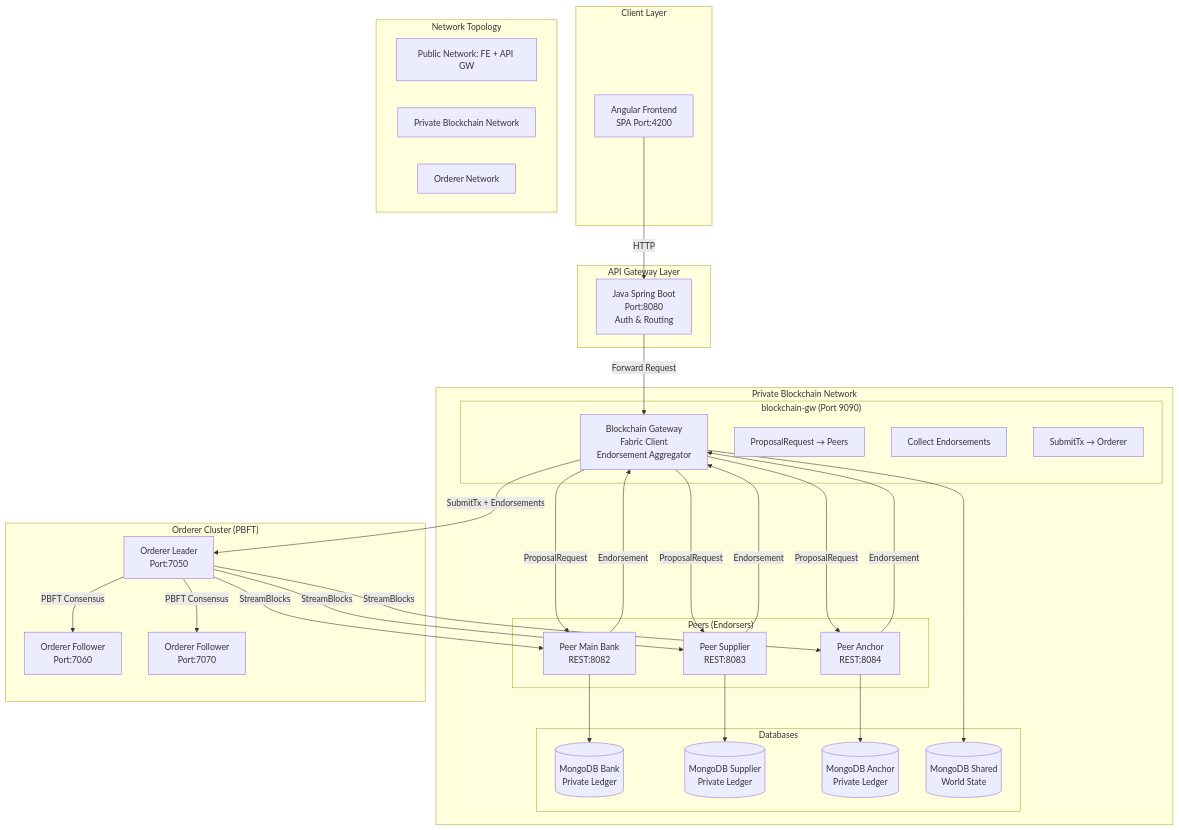
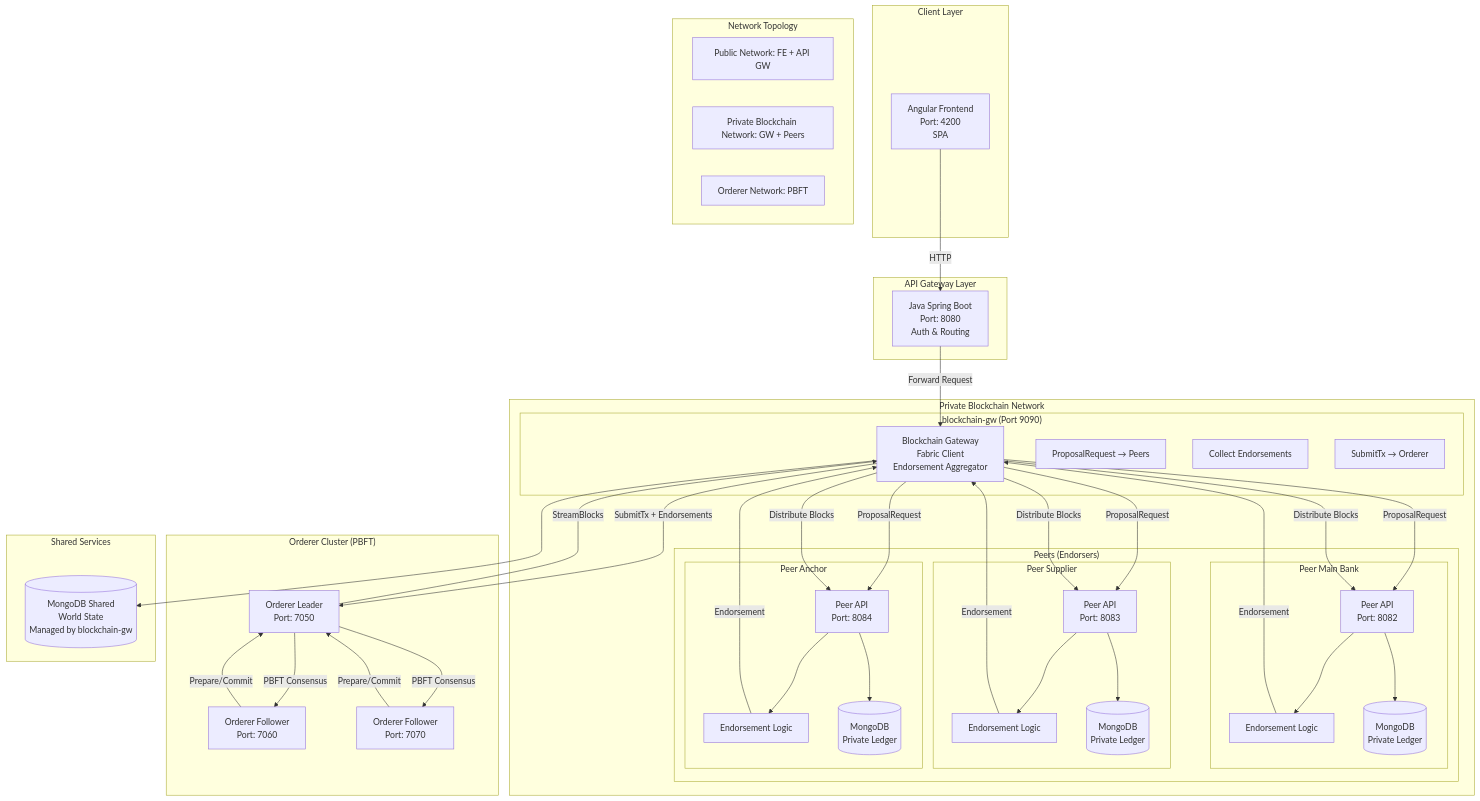
The first of 7 diagrams in SYSTEM_DIAGRAM.md (trunghc97/blockchain), drawn with Mermaid before and after one commit. The commit also changed other lines of this file and 1 other file, not shown here.

````diff
--- a/SYSTEM_DIAGRAM.md
+++ b/SYSTEM_DIAGRAM.md
@@ -145,11 +145,11 @@
 ```mermaid
 graph TB
     subgraph "Client Layer"
-        FE[Angular Frontend<br/>SPA Port:4200]
+        FE[Angular Frontend<br/>Port: 4200<br/>SPA]
     end
 
     subgraph "API Gateway Layer"
-        JAVA[Java Spring Boot<br/>Port:8080<br/>Auth & Routing]
+        JAVA[Java Spring Boot<br/>Port: 8080<br/>Auth & Routing]
     end
 
     subgraph "Private Blockchain Network"
@@ -161,52 +161,68 @@
         end
 
         subgraph "Peers (Endorsers)"
-            MB[Peer Main Bank<br/>REST:8082]
-            SUP[Peer Supplier<br/>REST:8083]
-            ANC[Peer Anchor<br/>REST:8084]
-        end
+            subgraph "Peer Main Bank"
+                MB_API[Peer API<br/>Port: 8082]
+                MB_ENDORSE[Endorsement Logic]
+                MB_DB[(MongoDB<br/>Private Ledger)]
+            end
 
-        subgraph "Databases"
-            MB_DB[(MongoDB Bank<br/>Private Ledger)]
-            SUP_DB[(MongoDB Supplier<br/>Private Ledger)]
-            ANC_DB[(MongoDB Anchor<br/>Private Ledger)]
-            SHARED_DB[(MongoDB Shared<br/>World State)]
+            subgraph "Peer Supplier"
+                SUP_API[Peer API<br/>Port: 8083]
+                SUP_ENDORSE[Endorsement Logic]
+                SUP_DB[(MongoDB<br/>Private Ledger)]
+            end
+
+            subgraph "Peer Anchor"
+                ANC_API[Peer API<br/>Port: 8084]
+                ANC_ENDORSE[Endorsement Logic]
+                ANC_DB[(MongoDB<br/>Private Ledger)]
+            end
         end
     end
 
     subgraph "Orderer Cluster (PBFT)"
-        ORD1[Orderer Leader<br/>Port:7050]
-        ORD2[Orderer Follower<br/>Port:7060]
-        ORD3[Orderer Follower<br/>Port:7070]
+        ORD1[Orderer Leader<br/>Port: 7050]
+        ORD2[Orderer Follower<br/>Port: 7060]
+        ORD3[Orderer Follower<br/>Port: 7070]
+    end
+
+    subgraph "Shared Services"
+        SHARED_DB[(MongoDB Shared<br/>World State<br/>Managed by blockchain-gw)]
     end
 
     subgraph "Network Topology"
         PUBLIC_NW[Public Network: FE + API GW]
-        PRIVATE_NW[Private Blockchain Network]
-        ORDERER_NW[Orderer Network]
+        PRIVATE_NW[Private Blockchain Network: GW + Peers]
+        ORDERER_NW[Orderer Network: PBFT]
     end
 
+    %% Communication Flow
     FE -->|HTTP| JAVA
     JAVA -->|Forward Request| GW
 
-    GW -->|ProposalRequest| MB
-    GW -->|ProposalRequest| SUP
-    GW -->|ProposalRequest| ANC
+    GW -->|ProposalRequest| MB_API
+    GW -->|ProposalRequest| SUP_API
+    GW -->|ProposalRequest| ANC_API
 
-    MB -->|Endorsement| GW
-    SUP -->|Endorsement| GW
-    ANC -->|Endorsement| GW
+    MB_API --> MB_ENDORSE -->|Endorsement| GW
+    SUP_API --> SUP_ENDORSE -->|Endorsement| GW
+    ANC_API --> ANC_ENDORSE -->|Endorsement| GW
 
     GW -->|SubmitTx + Endorsements| ORD1
+    GW --> SHARED_DB
+
     ORD1 -->|PBFT Consensus| ORD2
     ORD1 -->|PBFT Consensus| ORD3
+    ORD2 -->|Prepare/Commit| ORD1
+    ORD3 -->|Prepare/Commit| ORD1
 
-    ORD1 -->|StreamBlocks| MB
-    ORD1 -->|StreamBlocks| SUP
-    ORD1 -->|StreamBlocks| ANC
+    ORD1 -->|StreamBlocks| GW
+    GW -->|Distribute Blocks| MB_API
+    GW -->|Distribute Blocks| SUP_API
+    GW -->|Distribute Blocks| ANC_API
 
-    MB --> MB_DB
-    SUP --> SUP_DB
-    ANC --> ANC_DB
-    GW --> SHARED_DB
+    MB_API --> MB_DB
+    SUP_API --> SUP_DB
+    ANC_API --> ANC_DB
 ```
````
